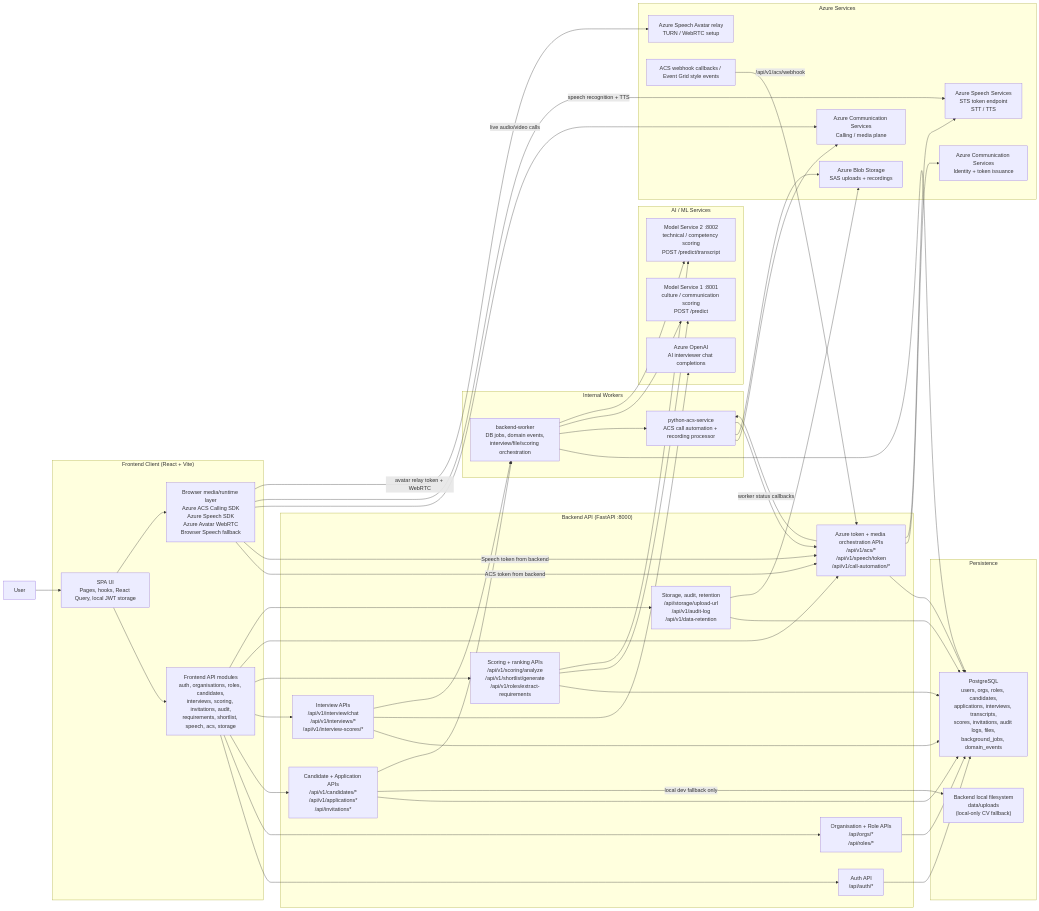
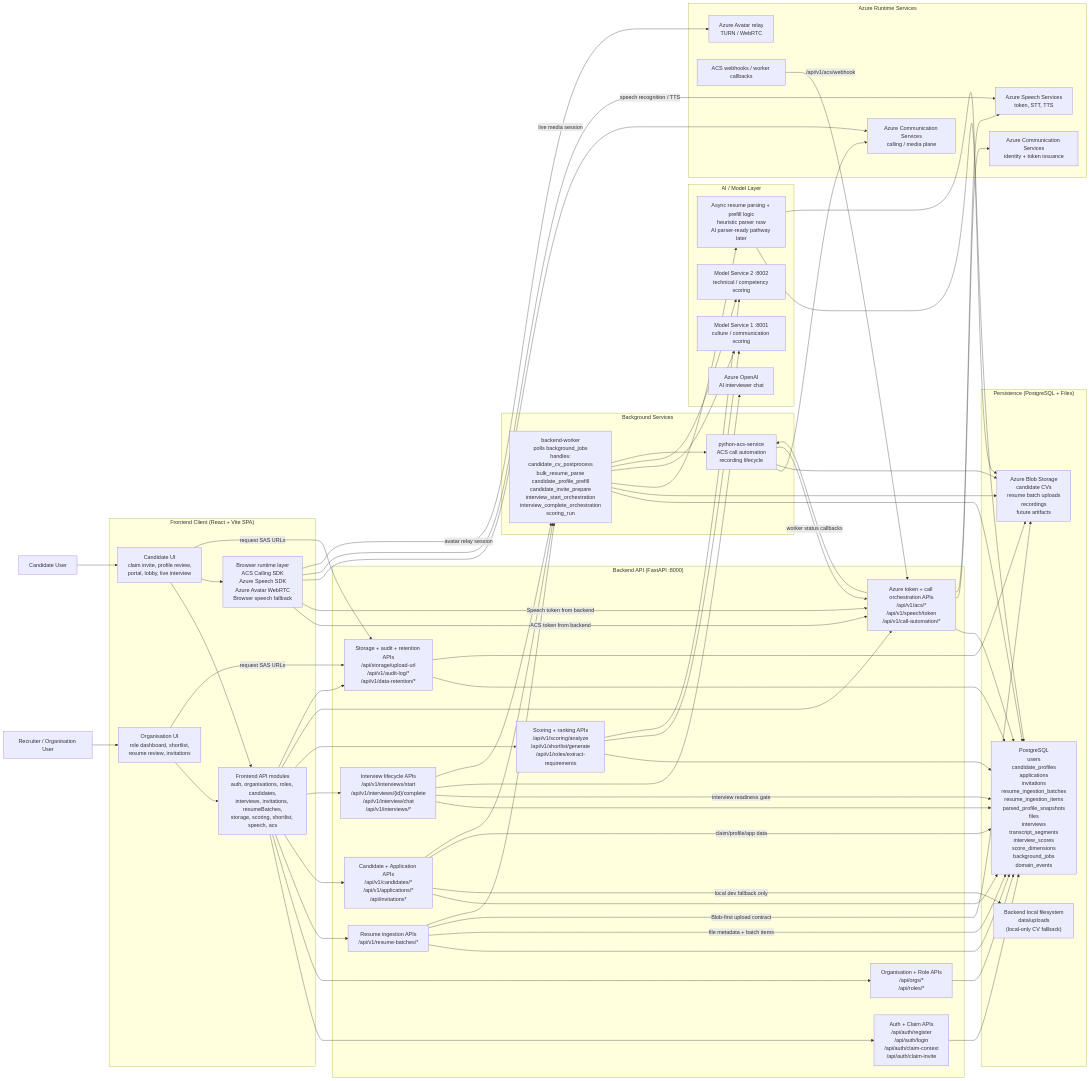
One commit to dcava30/Talenti_MVP changed the first of 4 diagrams in documentation/ARCHITECTURE_DIAGRAM.md. Above: the diagram before and after it, drawn with Mermaid. The commit also changed other lines of this file, not shown here.

First line of the commit message:
The main diagram now includes:

````diff
--- a/documentation/ARCHITECTURE_DIAGRAM.md
+++ b/documentation/ARCHITECTURE_DIAGRAM.md
@@ -13,95 +14,117 @@
 ```mermaid
 flowchart LR
-    user[User]
+    recruiter["Recruiter / Organisation User"]
+    candidate["Candidate User"]
 
-    subgraph client["Frontend Client (React + Vite)"]
-        web["SPA UI<br/>Pages, hooks, React Query, local JWT storage"]
-        api["Frontend API modules<br/>auth, organisations, roles, candidates,<br/>interviews, scoring, invitations, audit,<br/>requirements, shortlist, speech, acs, storage"]
-        browser_media["Browser media/runtime layer<br/>Azure ACS Calling SDK<br/>Azure Speech SDK<br/>Azure Avatar WebRTC<br/>Browser Speech fallback"]
+    subgraph frontend["Frontend Client (React + Vite SPA)"]
+        org_ui["Organisation UI<br/>role dashboard, shortlist,<br/>resume review, invitations"]
+        candidate_ui["Candidate UI<br/>claim invite, profile review,<br/>portal, lobby, live interview"]
+        api["Frontend API modules<br/>auth, organisations, roles, candidates,<br/>interviews, invitations, resumeBatches,<br/>storage, scoring, shortlist, speech, acs"]
+        browser_runtime["Browser runtime layer<br/>ACS Calling SDK<br/>Azure Speech SDK<br/>Azure Avatar WebRTC<br/>Browser speech fallback"]
     end
 
     subgraph backend["Backend API (FastAPI :8000)"]
-        auth["Auth API<br/>/api/auth/*"]
-        orgs["Organisation + Role APIs<br/>/api/orgs/*<br/>/api/roles/*"]
-        candidate["Candidate + Application APIs<br/>/api/v1/candidates/*<br/>/api/v1/applications*<br/>/api/invitations*"]
-        interview["Interview APIs<br/>/api/v1/interview/chat<br/>/api/v1/interviews/*<br/>/api/v1/interview-scores/*"]
-        scoring["Scoring + ranking APIs<br/>/api/v1/scoring/analyze<br/>/api/v1/shortlist/generate<br/>/api/v1/roles/extract-requirements"]
-        media["Azure token + media orchestration APIs<br/>/api/v1/acs/*<br/>/api/v1/speech/token<br/>/api/v1/call-automation/*"]
-        storage["Storage, audit, retention<br/>/api/storage/upload-url<br/>/api/v1/audit-log<br/>/api/v1/data-retention"]
+        auth["Auth + Claim APIs<br/>/api/auth/register<br/>/api/auth/login<br/>/api/auth/claim-context<br/>/api/auth/claim-invite"]
+        org_role["Organisation + Role APIs<br/>/api/orgs/*<br/>/api/roles/*"]
+        resume_ingest["Resume ingestion APIs<br/>/api/v1/resume-batches/*"]
+        candidate_app["Candidate + Application APIs<br/>/api/v1/candidates/*<br/>/api/v1/applications/*<br/>/api/invitations*"]
+        interview_api["Interview lifecycle APIs<br/>/api/v1/interviews/start<br/>/api/v1/interviews/{id}/complete<br/>/api/v1/interview/chat<br/>/api/v1/interviews/*"]
+        scoring_api["Scoring + ranking APIs<br/>/api/v1/scoring/analyze<br/>/api/v1/shortlist/generate<br/>/api/v1/roles/extract-requirements"]
+        media_api["Azure token + call orchestration APIs<br/>/api/v1/acs/*<br/>/api/v1/speech/token<br/>/api/v1/call-automation/*"]
+        storage_api["Storage + audit + retention APIs<br/>/api/storage/upload-url<br/>/api/v1/audit-log/*<br/>/api/v1/data-retention/*"]
     end
 
-    subgraph data["Persistence"]
-        pg["PostgreSQL<br/>users, orgs, roles, candidates,<br/>applications, interviews, transcripts,<br/>scores, invitations, audit logs, files,<br/>background_jobs, domain_events"]
+    subgraph data["Persistence (PostgreSQL + Files)"]
+        pg["PostgreSQL<br/>users<br/>candidate_profiles<br/>applications<br/>invitations<br/>resume_ingestion_batches<br/>resume_ingestion_items<br/>parsed_profile_snapshots<br/>files<br/>interviews<br/>transcript_segments<br/>interview_scores<br/>score_dimensions<br/>background_jobs<br/>domain_events"]
+        blob["Azure Blob Storage<br/>candidate CVs<br/>resume batch uploads<br/>recordings<br/>future artifacts"]
         localfs["Backend local filesystem<br/>data/uploads<br/>(local-only CV fallback)"]
     end
 
-    subgraph ml["AI / ML Services"]
-        openai["Azure OpenAI<br/>AI interviewer chat completions"]
-        model1["Model Service 1 :8001<br/>culture / communication scoring<br/>POST /predict"]
-        model2["Model Service 2 :8002<br/>technical / competency scoring<br/>POST /predict/transcript"]
+    subgraph ai_ml["AI / Model Layer"]
+        openai["Azure OpenAI<br/>AI interviewer chat"]
+        model1["Model Service 1 :8001<br/>culture / communication scoring"]
+        model2["Model Service 2 :8002<br/>technical / competency scoring"]
+        parser["Async resume parsing + prefill logic<br/>heuristic parser now<br/>AI parser-ready pathway later"]
     end
 
-    subgraph worker["Internal Workers"]
-        backend_worker["backend-worker<br/>DB jobs, domain events,<br/>interview/file/scoring orchestration"]
-        acs_worker["python-acs-service<br/>ACS call automation + recording processor"]
+    subgraph workers["Background Services"]
+        backend_worker["backend-worker<br/>polls background_jobs<br/>handles:<br/>candidate_cv_postprocess<br/>bulk_resume_parse<br/>candidate_profile_prefill<br/>candidate_invite_prepare<br/>interview_start_orchestration<br/>interview_complete_orchestration<br/>scoring_run"]
+        acs_worker["python-acs-service<br/>ACS call automation<br/>recording lifecycle"]
     end
 
-    subgraph azure["Azure Services"]
-        acs_identity["Azure Communication Services<br/>Identity + token issuance"]
-        acs_media["Azure Communication Services<br/>Calling / media plane"]
-        speech["Azure Speech Services<br/>STS token endpoint<br/>STT / TTS"]
-        avatar["Azure Speech Avatar relay<br/>TURN / WebRTC setup"]
-        blob["Azure Blob Storage<br/>SAS uploads + recordings"]
-        acs_events["ACS webhook callbacks / Event Grid style events"]
+    subgraph azure["Azure Runtime Services"]
+        acs_identity["Azure Communication Services<br/>identity + token issuance"]
+        acs_media["Azure Communication Services<br/>calling / media plane"]
+        speech["Azure Speech Services<br/>token, STT, TTS"]
+        avatar["Azure Avatar relay<br/>TURN / WebRTC"]
+        acs_events["ACS webhooks / worker callbacks"]
     end
 
-    user --> web
-    web --> api
-    web --> browser_media
+    recruiter --> org_ui
+    candidate --> candidate_ui
+
+    org_ui --> api
+    candidate_ui --> api
+    candidate_ui --> browser_runtime
 
     api --> auth
-    api --> orgs
-    api --> candidate
-    api --> interview
-    api --> scoring
-    api --> media
-    api --> storage
+    api --> org_role
+    api --> resume_ingest
+    api --> candidate_app
+    api --> interview_api
+    api --> scoring_api
+    api --> media_api
+    api --> storage_api
 
     auth --> pg
-    orgs --> pg
-    candidate --> pg
-    interview --> pg
-    scoring --> pg
-    media --> pg
-    storage --> pg
+    org_role --> pg
+    resume_ingest --> pg
+    candidate_app --> pg
+    interview_api --> pg
+    scoring_api --> pg
+    media_api --> pg
+    storage_api --> pg
 
-    candidate -->|local dev fallback only| localfs
-    storage --> blob
+    org_ui -->|request SAS URLs| storage_api
+    candidate_ui -->|request SAS URLs| storage_api
+    storage_api --> blob
 
-    interview --> openai
-    scoring --> model1
-    scoring --> model2
+    candidate_app -->|local dev fallback only| localfs
 
-    interview --> backend_worker
-    candidate --> backend_worker
+    resume_ingest -->|file metadata + batch items| pg
+    resume_ingest -->|Blob-first upload contract| blob
+
+    candidate_app -->|claim/profile/app data| pg
+    interview_api -->|interview readiness gate| pg
+
+    interview_api --> openai
+    scoring_api --> model1
+    scoring_api --> model2
+
+    candidate_app --> backend_worker
+    resume_ingest --> backend_worker
+    interview_api --> backend_worker
     backend_worker --> pg
-    backend_worker --> acs_worker
+    backend_worker --> blob
+    backend_worker --> parser
+    parser --> blob
+    parser --> pg
     backend_worker --> model1
     backend_worker --> model2
+    backend_worker --> acs_worker
 
-    media --> acs_identity
-    media --> speech
-    media --> acs_worker
+    media_api --> acs_identity
+    media_api --> speech
+    media_api --> acs_worker
 
     acs_worker --> acs_media
     acs_worker --> blob
-    acs_worker -->|worker status callbacks| media
+    acs_events -->|/api/v1/acs/webhook| media_api
+    acs_worker -->|worker status callbacks| media_api
 
-    acs_events -->|/api/v1/acs/webhook| media
-
-    browser_media -->|ACS token from backend| media
-    browser_media -->|Speech token from backend| media
-    browser_media -->|live audio/video calls| acs_media
-    browser_media -->|speech recognition + TTS| speech
-    browser_media -->|avatar relay token + WebRTC| avatar
+    browser_runtime -->|ACS token from backend| media_api
+    browser_runtime -->|Speech token from backend| media_api
+    browser_runtime -->|live media session| acs_media
+    browser_runtime -->|speech recognition / TTS| speech
+    browser_runtime -->|avatar relay session| avatar
 ```
````
